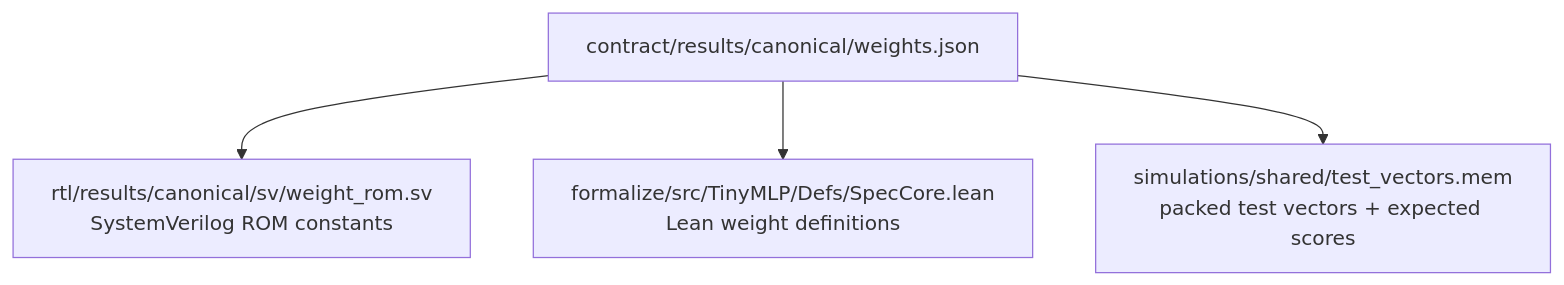
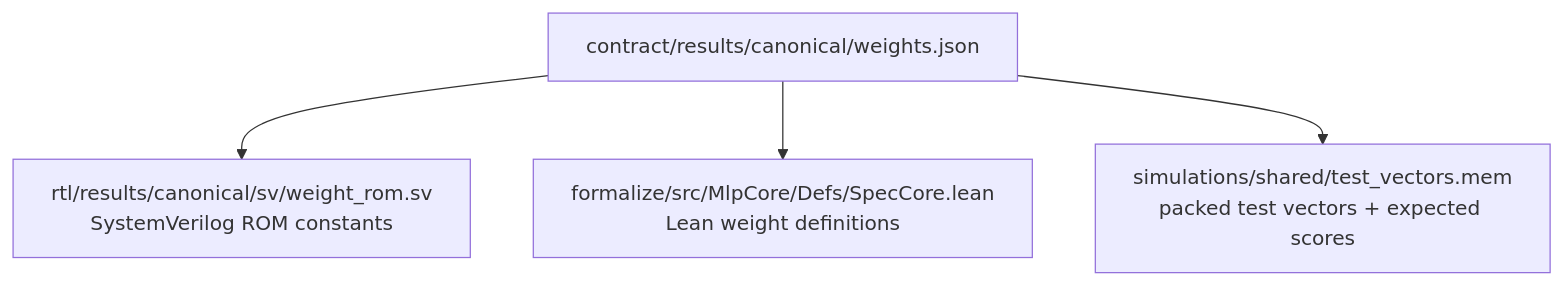
Before and after one commit to dfdgsdfg/ann-rtl-lean-poc: the second of 7 diagrams in docs/from-ann-to-proven-hardware.md, drawn with Mermaid. The commit also changed other lines of this file and 62 other files, not shown here.

Commit message:
Rename TinyMLP surfaces to MlpCore

````diff
--- a/docs/from-ann-to-proven-hardware.md
+++ b/docs/from-ann-to-proven-hardware.md
@@ -81,6 +81,6 @@
 ```mermaid
 graph TD
     W[contract/results/canonical/weights.json] --> ROM["rtl/results/canonical/sv/weight_rom.sv<br/>SystemVerilog ROM constants"]
-    W --> SPEC["formalize/src/TinyMLP/Defs/SpecCore.lean<br/>Lean weight definitions"]
+    W --> SPEC["formalize/src/MlpCore/Defs/SpecCore.lean<br/>Lean weight definitions"]
     W --> VEC["simulations/shared/test_vectors.mem<br/>packed test vectors + expected scores"]
 ```
````
